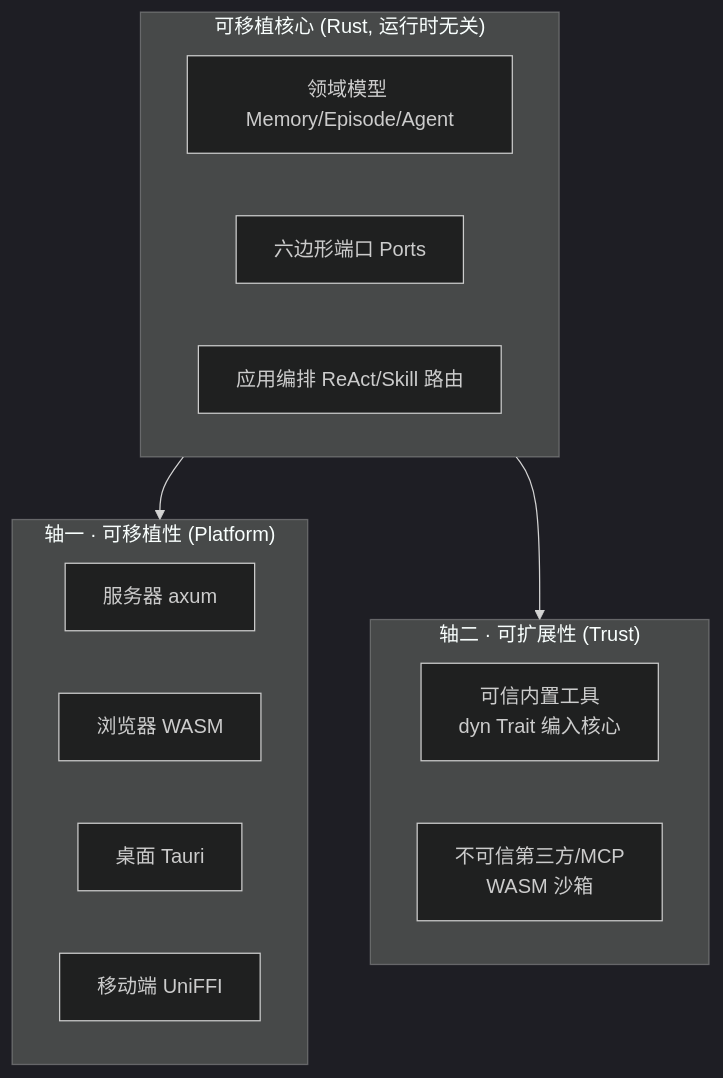
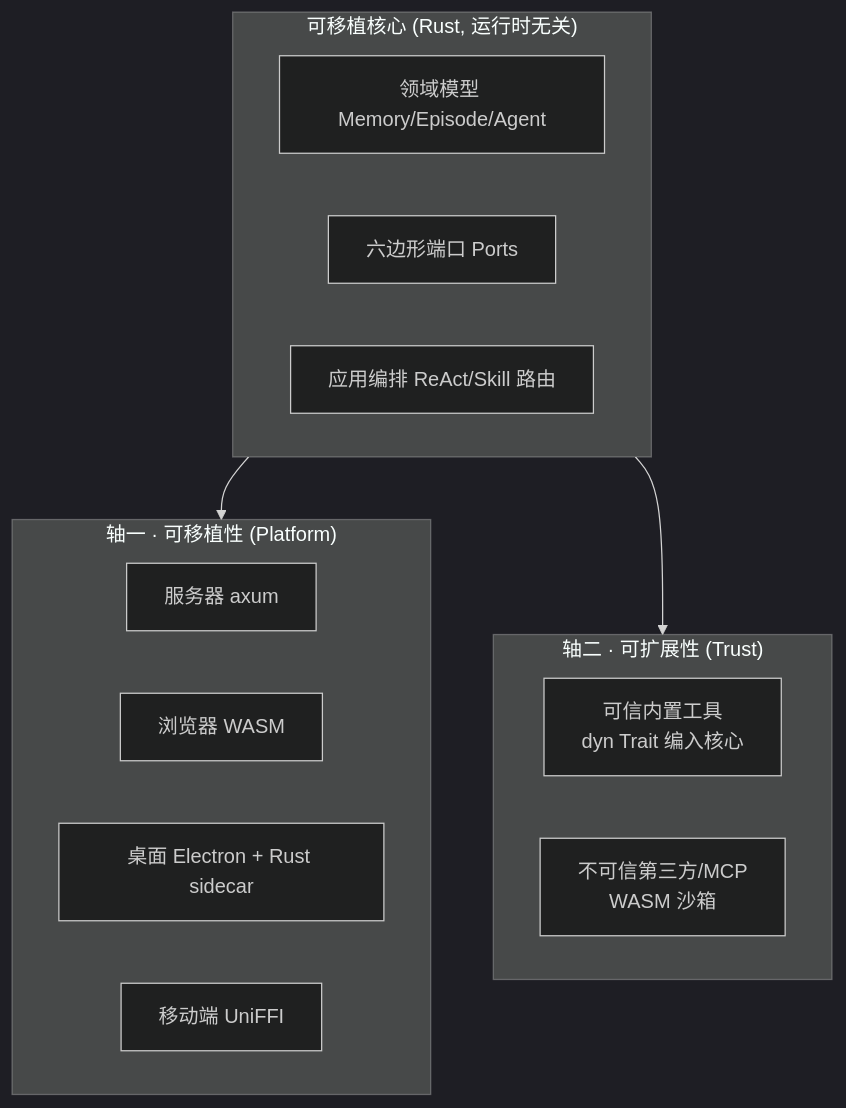
One commit to s1366560/agi-demos changed the diagram in agi-stack/README.md. Above: the diagram before and after it, drawn with Mermaid (dark theme). The commit also changed other lines of this file and 150 other files, not shown here.

Commit message:
feat(desktop): replace Tauri with Electron sidecar

````diff
--- a/agi-stack/README.md
+++ b/agi-stack/README.md
@@ -21,23 +21,23 @@
 ```mermaid
 graph TD
     subgraph core["可移植核心 (Rust, 运行时无关)"]
         D[领域模型 Memory/Episode/Agent]
         P[六边形端口 Ports]
         S[应用编排 ReAct/Skill 路由]
     end
 
     subgraph axis1["轴一 · 可移植性 (Platform)"]
         SV[服务器 axum]
         WB[浏览器 WASM]
-        PC[桌面 Tauri]
+        PC[桌面 Electron + Rust sidecar]
         MO[移动端 UniFFI]
     end
 
     subgraph axis2["轴二 · 可扩展性 (Trust)"]
         BI[可信内置工具<br/>dyn Trait 编入核心]
         TP[不可信第三方/MCP<br/>WASM 沙箱]
     end
 
     core --> axis1
     core --> axis2
 ```
````
